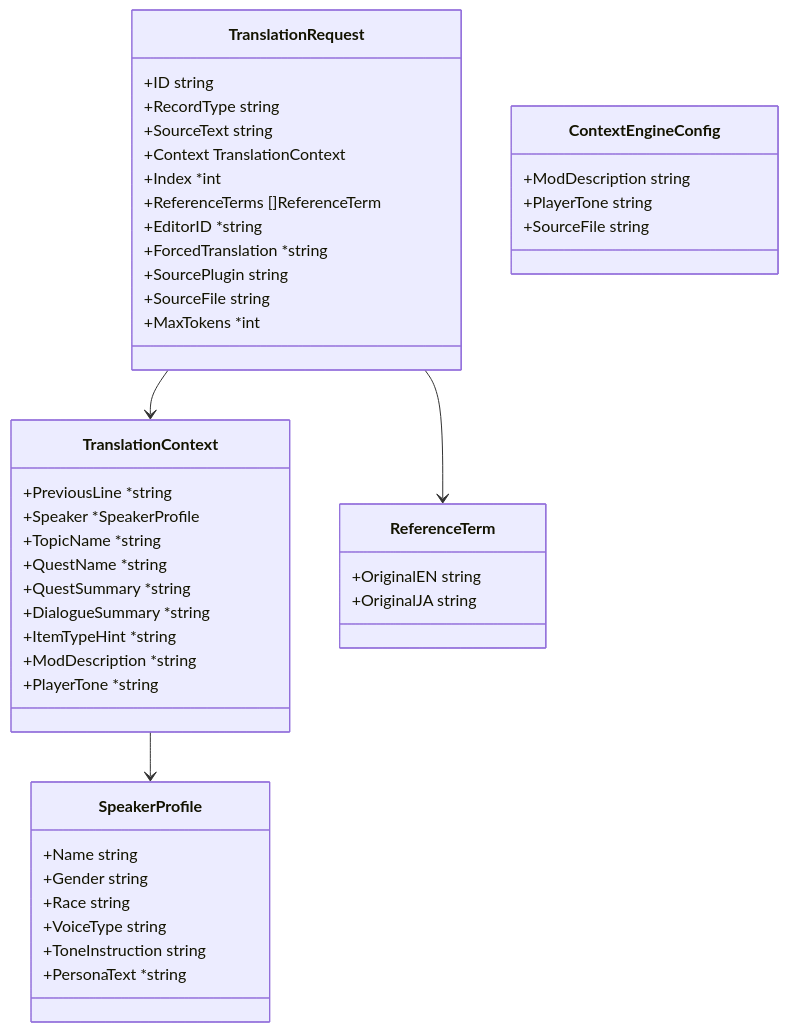
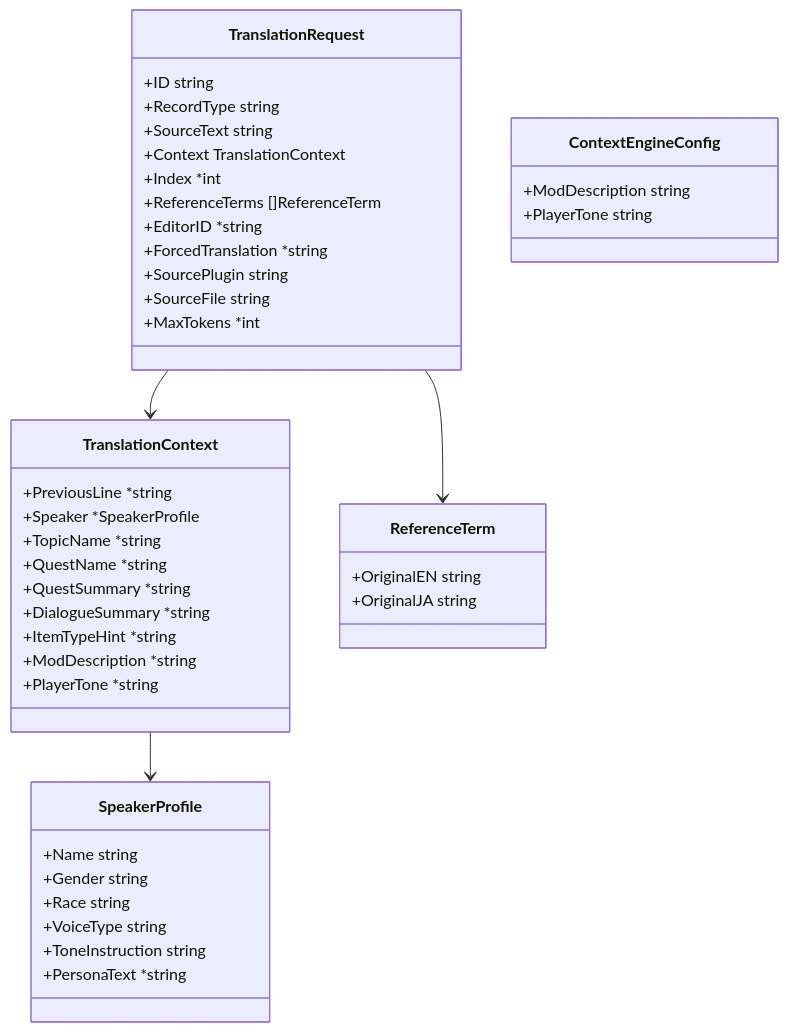
The second of 2 diagrams in specs/ContextEngineSlice/context_engine_class_diagram.md (ishibata91/ai-translation-engine-2), drawn with Mermaid before and after one commit. The commit also changed other lines of this file and 5 other files, not shown here.

````diff
--- a/specs/ContextEngineSlice/context_engine_class_diagram.md
+++ b/specs/ContextEngineSlice/context_engine_class_diagram.md
@@ -85,52 +87,51 @@
 ```mermaid
 classDiagram
     class TranslationRequest {
         +ID string
         +RecordType string
         +SourceText string
         +Context TranslationContext
         +Index *int
         +ReferenceTerms []ReferenceTerm
         +EditorID *string
         +ForcedTranslation *string
         +SourcePlugin string
         +SourceFile string
         +MaxTokens *int
     }
 
     class TranslationContext {
         +PreviousLine *string
         +Speaker *SpeakerProfile
         +TopicName *string
         +QuestName *string
         +QuestSummary *string
         +DialogueSummary *string
         +ItemTypeHint *string
         +ModDescription *string
         +PlayerTone *string
     }
 
     class SpeakerProfile {
         +Name string
         +Gender string
         +Race string
         +VoiceType string
         +ToneInstruction string
         +PersonaText *string
     }
 
     class ReferenceTerm {
         +OriginalEN string
         +OriginalJA string
     }
 
     class ContextEngineConfig {
         +ModDescription string
         +PlayerTone string
-        +SourceFile string
     }
 
     TranslationRequest --> TranslationContext
     TranslationRequest --> ReferenceTerm
     TranslationContext --> SpeakerProfile
 ```
````
